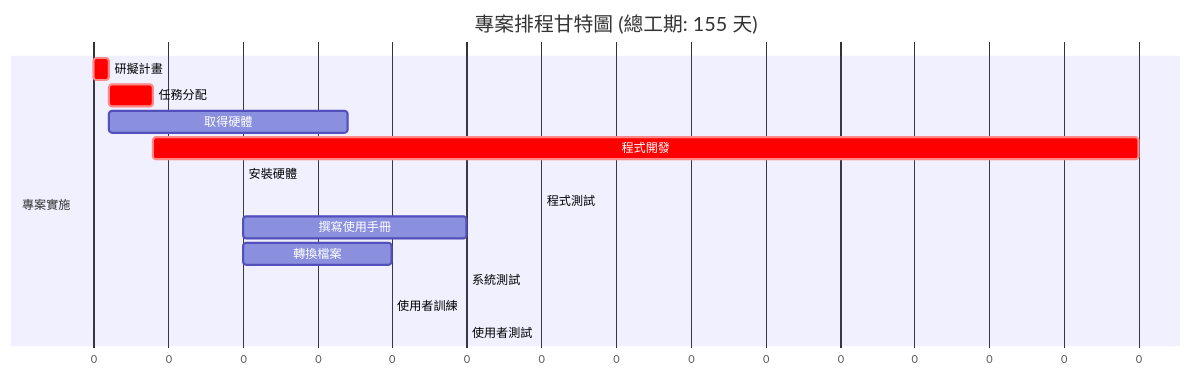
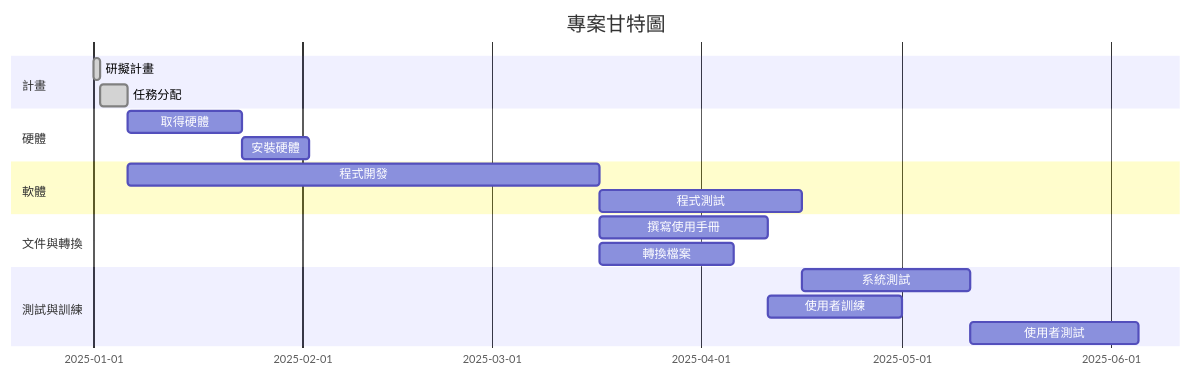
Before and after one commit to Hoshino940113/114-1a: the second of 2 diagrams in hw2.md, drawn with Mermaid. The commit also changed other lines of this file, not shown here.

````diff
--- a/hw2.md
+++ b/hw2.md
@@ -1,19 +31,26 @@
-```Mermaid
+```mermaid
 gantt
-    title 專案排程甘特圖 (總工期: 155 天)
-    dateFormat x
-    axisFormat %s
+    title 專案甘特圖
+    dateFormat  YYYY-MM-DD
+    section 計畫
+    研擬計畫        :done, a1, 2025-01-01, 1d
+    任務分配        :done, a2, after a1, 4d
+    
+    section 硬體
+    取得硬體        :a3, after a2, 17d
+    安裝硬體        :a5, after a3, 10d
+    
+    section 軟體
+    程式開發        :a4, after a2, 70d
+    程式測試        :a6, after a4, 30d
+    
+    section 文件與轉換
+    撰寫使用手冊    :a7, after a4, 25d
+    轉換檔案        :a8, after a4, 20d
+    
+    section 測試與訓練
+    系統測試        :a9, after a5 a6, 25d
+    使用者訓練      :a10, after a7 a8, 20d
+    使用者測試      :a11, after a9 a10, 25d
 
-    section 專案實施
-    研擬計畫      :crit, 1, 0, 1
-    任務分配      :crit, 2, after 1, 4
-    取得硬體      :3, after 1, 17
-    程式開發      :crit, 4, after 2, 70
-    安裝硬體      :5, after 3, 10
-    程式測試      :crit, 6, after 4, 30
-    撰寫使用手冊  :7, after 5, 25
-    轉換檔案      :8, after 5, 20
-    系統測試      :crit, 9, after 6, 25
-    使用者訓練    :10, after 7, 20
-    使用者測試    :crit, 11, after 9, 25
 ```
````
